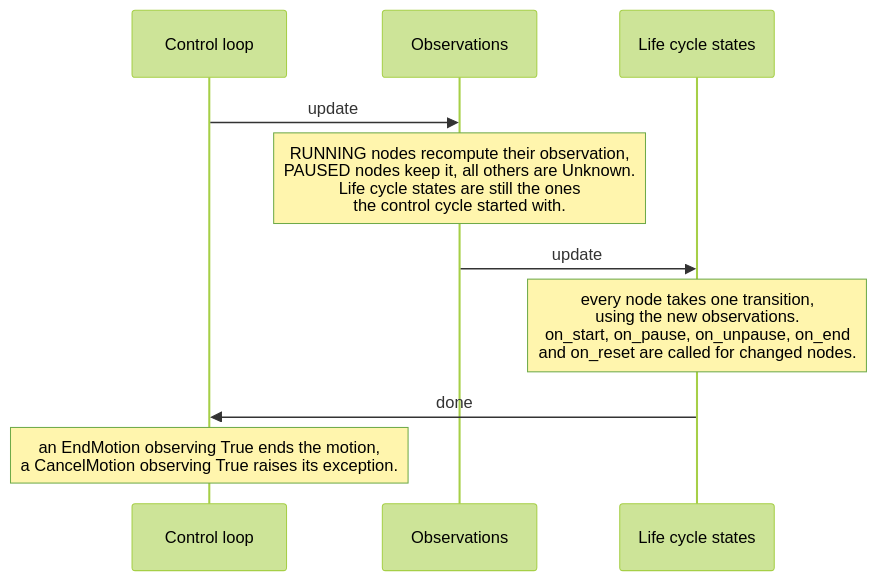
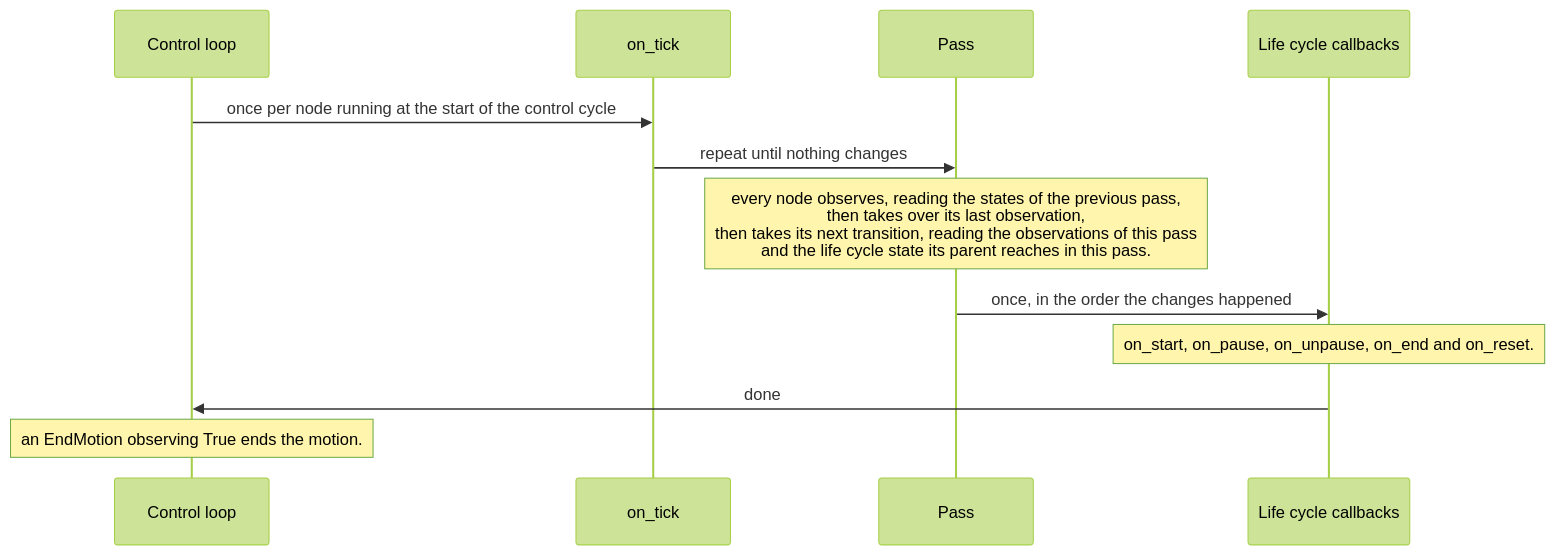
One commit to Tigul/cognitive_robot_abstract_machine changed the fourth of 11 diagrams in giskardpy/doc/motion_statecharts.md. Above: the diagram before and after it, drawn with Mermaid (forest theme). The commit also changed other lines of this file and 11 other files, not shown here.

First line of the commit message:
refactor(motion_statechart): remove `SettledLifeCyclePredicate` and associated logic, streamline lifecycle and transition handling

````diff
--- a/giskardpy/doc/motion_statecharts.md
+++ b/giskardpy/doc/motion_statecharts.md
@@ -260,12 +252,14 @@
 ```{mermaid}
 sequenceDiagram
     participant C as Control loop
-    participant O as Observations
-    participant L as Life cycle states
-    C->>O: update
-    Note over O: RUNNING nodes recompute their observation,<br/>PAUSED nodes keep it, all others are Unknown.<br/>Life cycle states are still the ones<br/>the control cycle started with.
-    O->>L: update
-    Note over L: every node takes one transition,<br/>using the new observations.<br/>on_start, on_pause, on_unpause, on_end<br/>and on_reset are called for changed nodes.
+    participant T as on_tick
+    participant P as Pass
+    participant L as Life cycle callbacks
+    C->>T: once per node running at the start of the control cycle
+    T->>P: repeat until nothing changes
+    Note over P: every node observes, reading the states of the previous pass,<br/>then takes over its last observation,<br/>then takes its next transition, reading the observations of this pass<br/>and the life cycle state its parent reaches in this pass.
+    P->>L: once, in the order the changes happened
+    Note over L: on_start, on_pause, on_unpause, on_end and on_reset.
     L->>C: done
-    Note over C: an EndMotion observing True ends the motion,<br/>a CancelMotion observing True raises its exception.
+    Note over C: an EndMotion observing True ends the motion.
 ```
````
